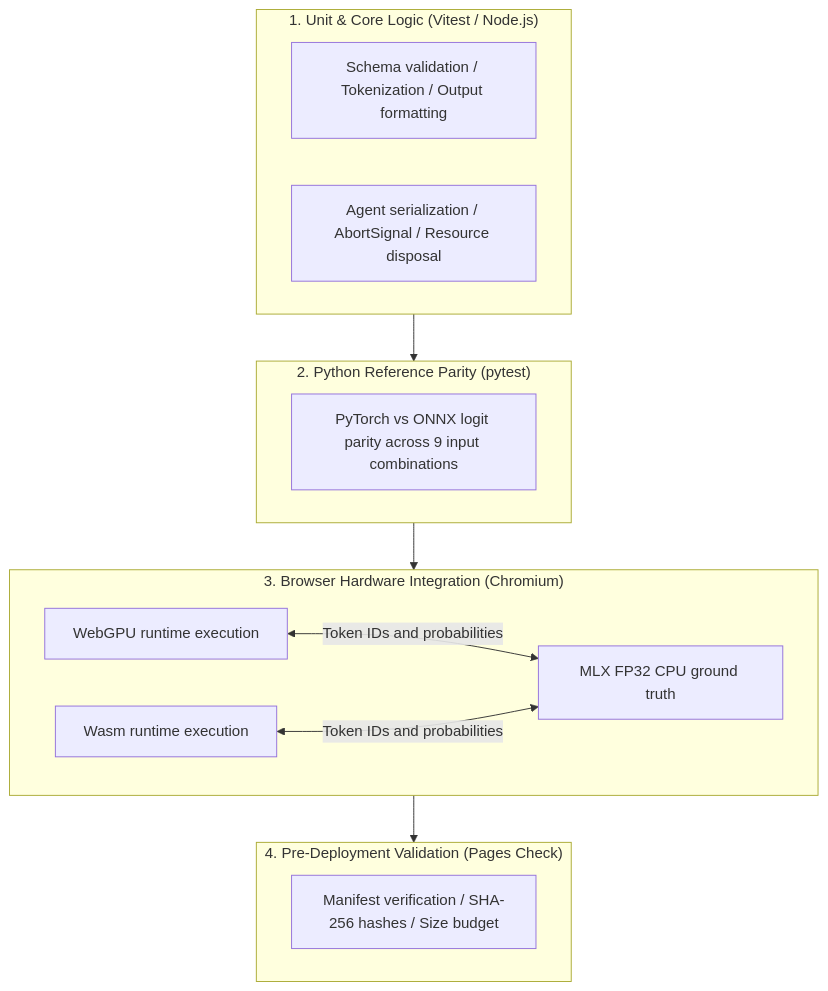
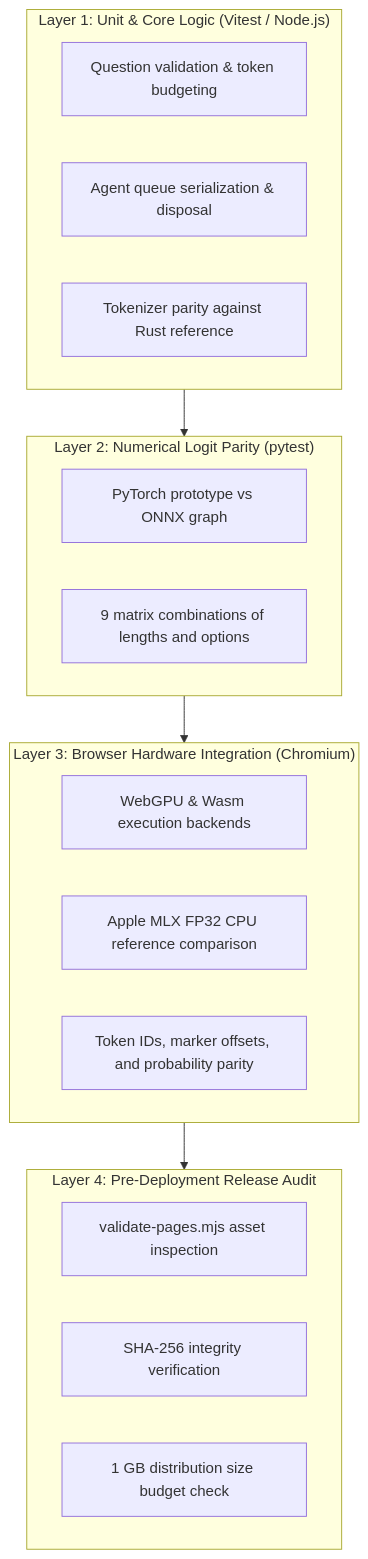
The diagram in docs/validation.md (r4ai/laya-web), drawn with Mermaid before and after one commit. The commit also changed other lines of this file and 3 other files, not shown here.

````diff
--- a/docs/validation.md
+++ b/docs/validation.md
@@ -9,25 +11,27 @@
 ```mermaid
-graph TD
-    subgraph Layer1 ["1. Unit & Core Logic (Vitest / Node.js)"]
-        CoreTest["Schema validation / Tokenization / Output formatting"]
-        StateTest["Agent serialization / AbortSignal / Resource disposal"]
+flowchart TD
+    subgraph Layer1 ["Layer 1: Unit & Core Logic (Vitest / Node.js)"]
+        L1A["Question validation & token budgeting"]
+        L1B["Agent queue serialization & disposal"]
+        L1C["Tokenizer parity against Rust reference"]
     end
 
-    subgraph Layer2 ["2. Python Reference Parity (pytest)"]
-        PyTorch["PyTorch vs ONNX logit parity across 9 input combinations"]
+    subgraph Layer2 ["Layer 2: Numerical Logit Parity (pytest)"]
+        L2A["PyTorch prototype vs ONNX graph"]
+        L2B["9 matrix combinations of lengths and options"]
     end
 
-    subgraph Layer3 ["3. Browser Hardware Integration (Chromium)"]
-        WebGPUTest["WebGPU runtime execution"]
-        WasmTest["Wasm runtime execution"]
-        MLXCPU["MLX FP32 CPU ground truth"]
-        WebGPUTest <-->|Token IDs and probabilities| MLXCPU
-        WasmTest <-->|Token IDs and probabilities| MLXCPU
+    subgraph Layer3 ["Layer 3: Browser Hardware Integration (Chromium)"]
+        L3A["WebGPU & Wasm execution backends"]
+        L3B["Apple MLX FP32 CPU reference comparison"]
+        L3C["Token IDs, marker offsets, and probability parity"]
     end
 
-    subgraph Layer4 ["4. Pre-Deployment Validation (Pages Check)"]
-        Assets["Manifest verification / SHA-256 hashes / Size budget"]
+    subgraph Layer4 ["Layer 4: Pre-Deployment Release Audit"]
+        L4A["validate-pages.mjs asset inspection"]
+        L4B["SHA-256 integrity verification"]
+        L4C["1 GB distribution size budget check"]
     end
 
     Layer1 --> Layer2 --> Layer3 --> Layer4
 ```
````
